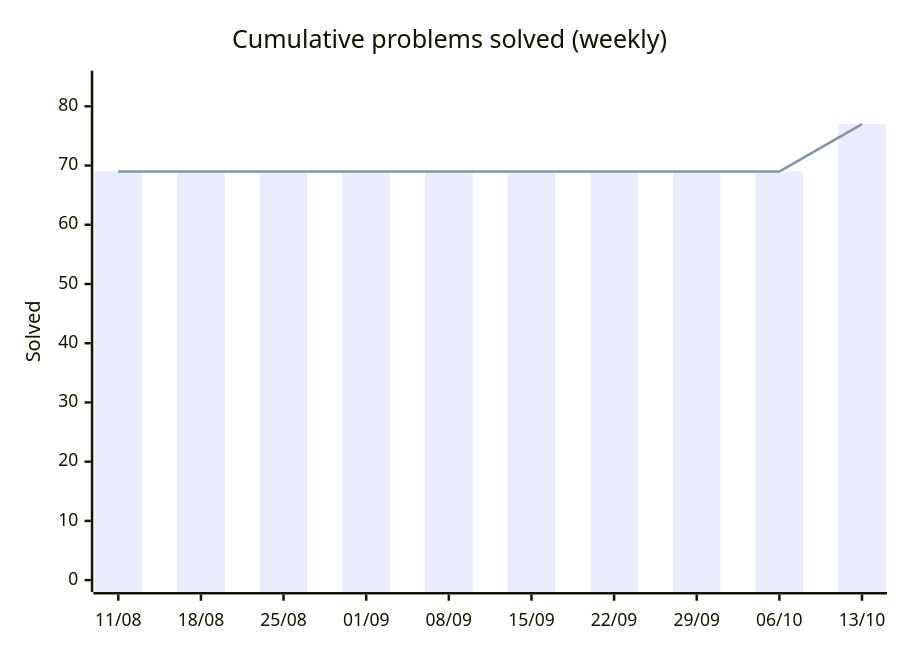
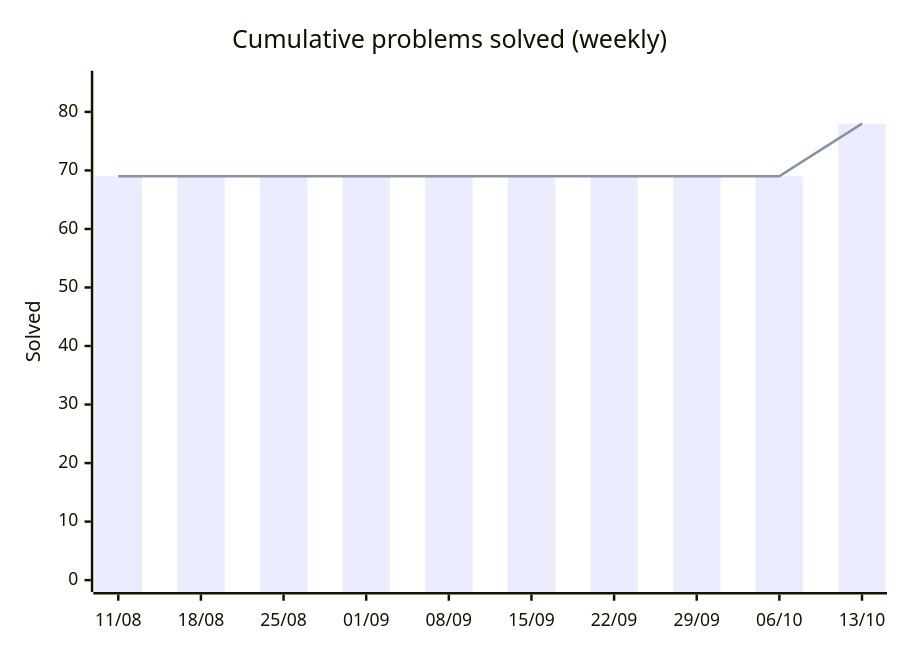
The first of 2 diagrams in README.md (HarryTrn/TensorTonic-Solutions), drawn with Mermaid before and after one commit. The commit also changed other lines of this file, not shown here.

````diff
--- a/README.md
+++ b/README.md
@@ -65,8 +65,8 @@
 ```mermaid
 xychart-beta
     title "Cumulative problems solved (weekly)"
     x-axis ["11/08", "18/08", "25/08", "01/09", "08/09", "15/09", "22/09", "29/09", "06/10", "13/10"]
-    y-axis "Solved" 0 --> 84
-    bar [69, 69, 69, 69, 69, 69, 69, 69, 69, 77]
-    line [69, 69, 69, 69, 69, 69, 69, 69, 69, 77]
+    y-axis "Solved" 0 --> 85
+    bar [69, 69, 69, 69, 69, 69, 69, 69, 69, 78]
+    line [69, 69, 69, 69, 69, 69, 69, 69, 69, 78]
 ```
````
